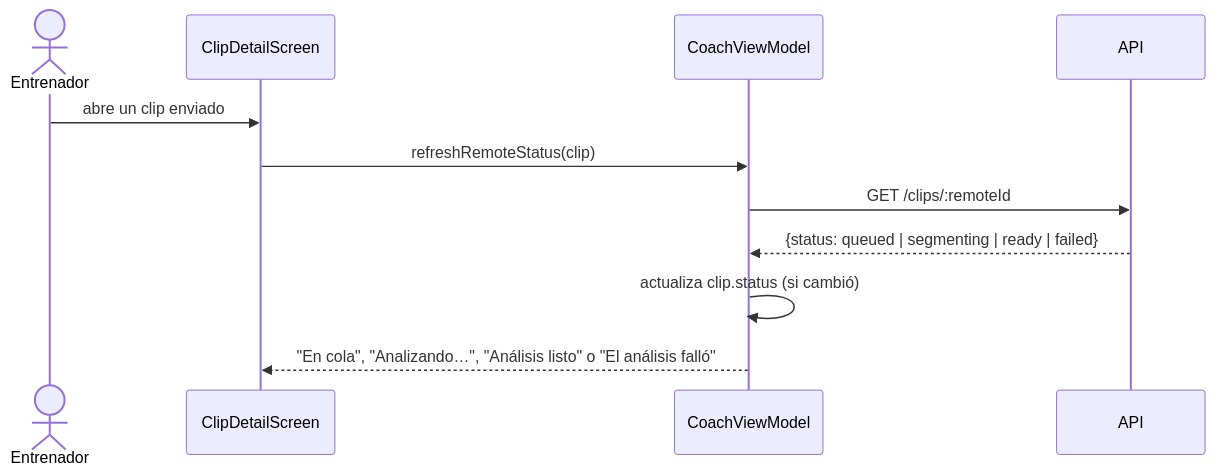
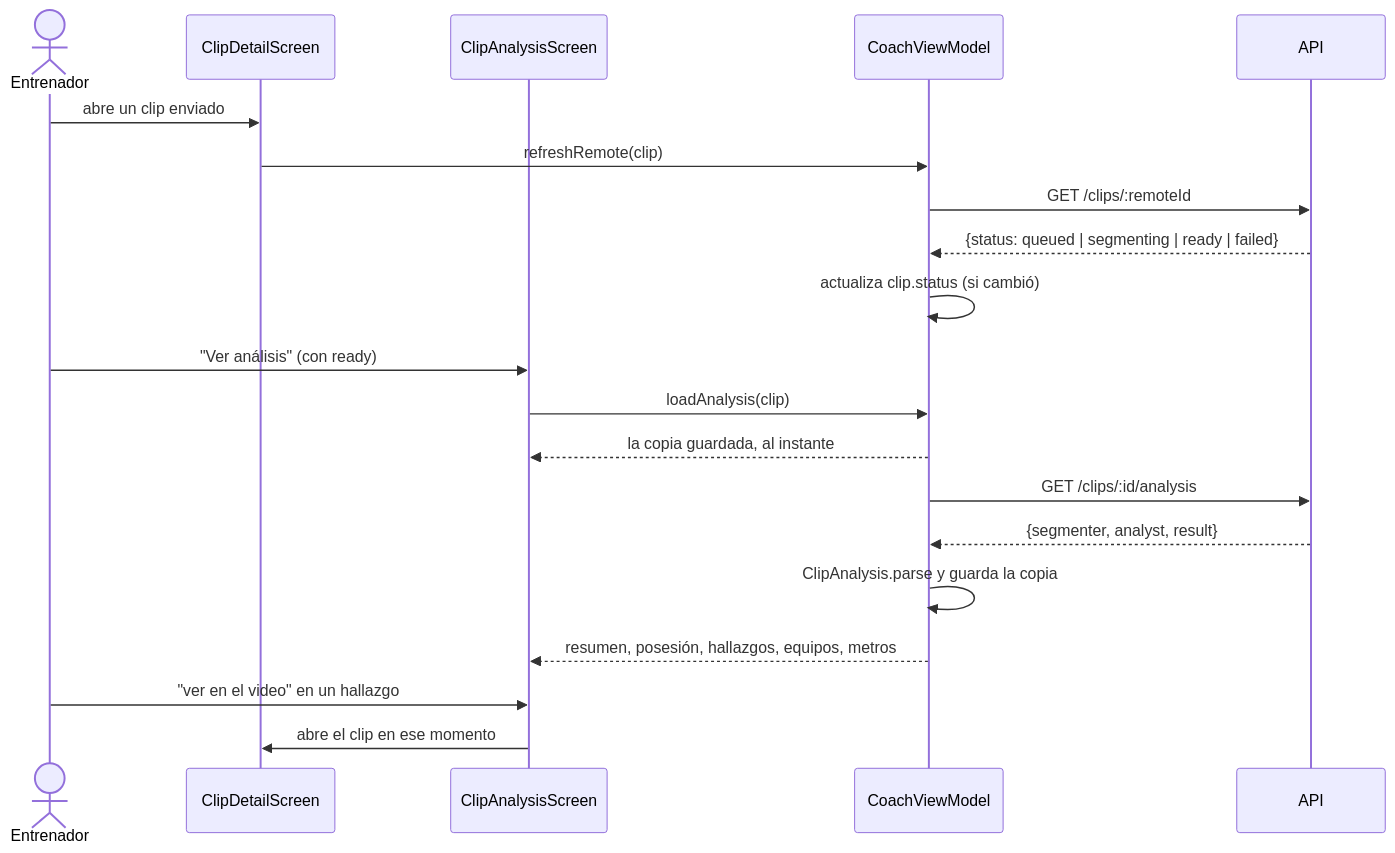
The seventh of 7 diagrams in docs/arquitectura/04-flujos.md (pepemxl/meta-ai-hackathon-2026), drawn with Mermaid before and after one commit. The commit also changed other lines of this file and 16 other files, not shown here.

````diff
--- a/docs/arquitectura/04-flujos.md
+++ b/docs/arquitectura/04-flujos.md
@@ -192,14 +248,23 @@
 ```mermaid
 sequenceDiagram
     actor E as Entrenador
     participant CD as ClipDetailScreen
+    participant CA as ClipAnalysisScreen
     participant VM as CoachViewModel
     participant API as API
 
     E->>CD: abre un clip enviado
-    CD->>VM: refreshRemoteStatus(clip)
+    CD->>VM: refreshRemote(clip)
     VM->>API: GET /clips/:remoteId
     API-->>VM: {status: queued | segmenting | ready | failed}
     VM->>VM: actualiza clip.status (si cambió)
-    VM-->>CD: "En cola", "Analizando…", "Análisis listo" o "El análisis falló"
+    E->>CA: "Ver análisis" (con ready)
+    CA->>VM: loadAnalysis(clip)
+    VM-->>CA: la copia guardada, al instante
+    VM->>API: GET /clips/:id/analysis
+    API-->>VM: {segmenter, analyst, result}
+    VM->>VM: ClipAnalysis.parse y guarda la copia
+    VM-->>CA: resumen, posesión, hallazgos, equipos, metros
+    E->>CA: "ver en el video" en un hallazgo
+    CA->>CD: abre el clip en ese momento
 ```
````
